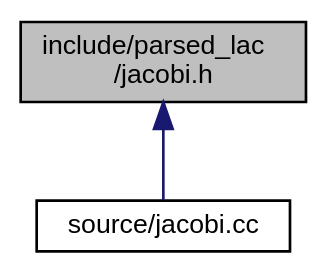
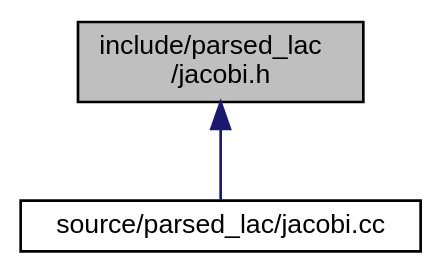
One commit to luca-heltai/fsi-suite changed the diagram in jacobi_8h__dep__incl.dot. Above: the diagram before and after it, drawn with Graphviz. The commit also changed 683 other files, not shown here.

```diff
--- a/jacobi_8h__dep__incl.dot
+++ b/jacobi_8h__dep__incl.dot
@@ -1,10 +1,10 @@
 digraph "include/parsed_lac/jacobi.h"
 {
  // LATEX_PDF_SIZE
   bgcolor="transparent";
   edge [fontname="Helvetica",fontsize="10",labelfontname="Helvetica",labelfontsize="10"];
   node [fontname="Helvetica",fontsize="10",shape=record];
   Node1 [label="include/parsed_lac\l/jacobi.h",height=0.2,width=0.4,color="black", fillcolor="grey75", style="filled", fontcolor="black",tooltip=" "];
   Node1 -> Node2 [dir="back",color="midnightblue",fontsize="10",style="solid",fontname="Helvetica"];
-  Node2 [label="source/jacobi.cc",height=0.2,width=0.4,color="black",URL="$jacobi_8cc.html",tooltip=" "];
+  Node2 [label="source/parsed_lac/jacobi.cc",height=0.2,width=0.4,color="black",URL="$jacobi_8cc.html",tooltip=" "];
 }
```
